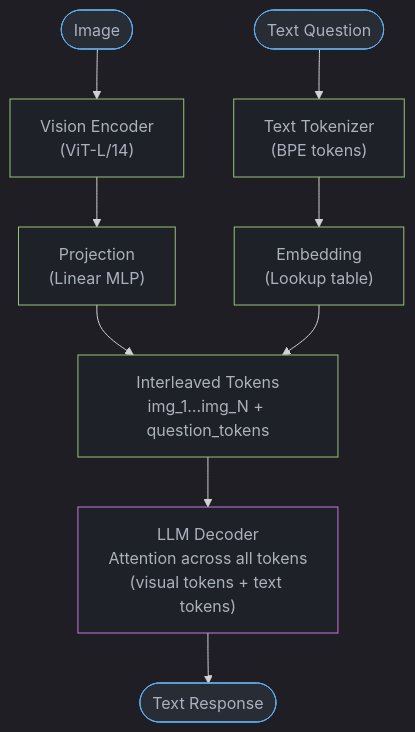
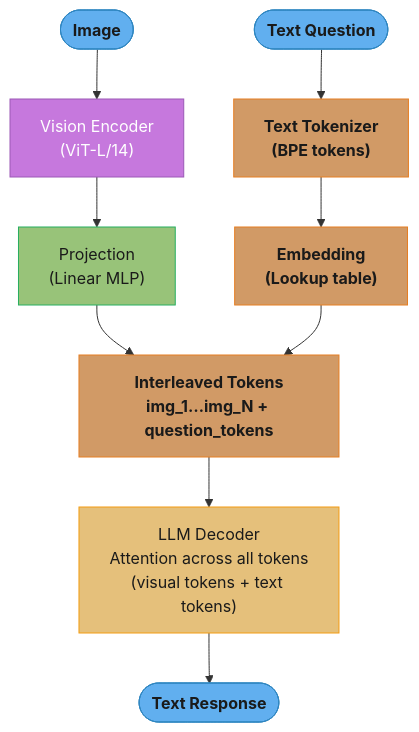
The diagram in src/main/java/com/rutik/systemdesign/llm/multimodal_models/README.md (rppol/system-design), drawn with Mermaid before and after one commit. The commit also changed 88 other files, not shown here.

````diff
--- a/src/main/java/com/rutik/systemdesign/llm/multimodal_models/README.md
+++ b/src/main/java/com/rutik/systemdesign/llm/multimodal_models/README.md
@@ -169,19 +169,24 @@
 ```mermaid
-%%{init: {'flowchart': {'curve': 'basis'}, 'theme': 'dark'}}%%
 flowchart TD
+    classDef io      fill:#61afef,stroke:#2e86c1,color:#1a1a1a,font-weight:bold
+    classDef frozen  fill:#c678dd,stroke:#9b59b6,color:#fff
+    classDef train   fill:#98c379,stroke:#27ae60,color:#1a1a1a
+    classDef mathOp  fill:#d19a66,stroke:#e67e22,color:#1a1a1a,font-weight:bold
+    classDef lossN   fill:#e06c75,stroke:#c0392b,color:#fff,font-weight:bold
+    classDef req     fill:#56b6c2,stroke:#0097a7,color:#1a1a1a
+    classDef base    fill:#e5c07b,stroke:#f39c12,color:#1a1a1a
+
     Img([Image]) --> VisionEnc["Vision Encoder\n(ViT-L/14)"]
     Text([Text Question]) --> Tokenizer["Text Tokenizer\n(BPE tokens)"]
     VisionEnc --> Projection["Projection\n(Linear MLP)"]
     Tokenizer --> Embedding["Embedding\n(Lookup table)"]
     Projection & Embedding --> Interleaved["Interleaved Tokens\nimg_1…img_N + question_tokens"]
     Interleaved --> LLM["LLM Decoder\nAttention across all tokens\n(visual tokens + text tokens)"]
     LLM --> Response([Text Response])
 
-    classDef io     fill:#282c34,stroke:#61afef,color:#abb2bf
-    classDef proc   fill:#1e2127,stroke:#98c379,color:#abb2bf
-    classDef llm    fill:#1e2127,stroke:#c678dd,color:#abb2bf
-
     class Img,Text,Response io
-    class VisionEnc,Tokenizer,Projection,Embedding,Interleaved proc
-    class LLM llm
+    class VisionEnc frozen
+    class Projection train
+    class Tokenizer,Embedding,Interleaved mathOp
+    class LLM base
 ```
````
